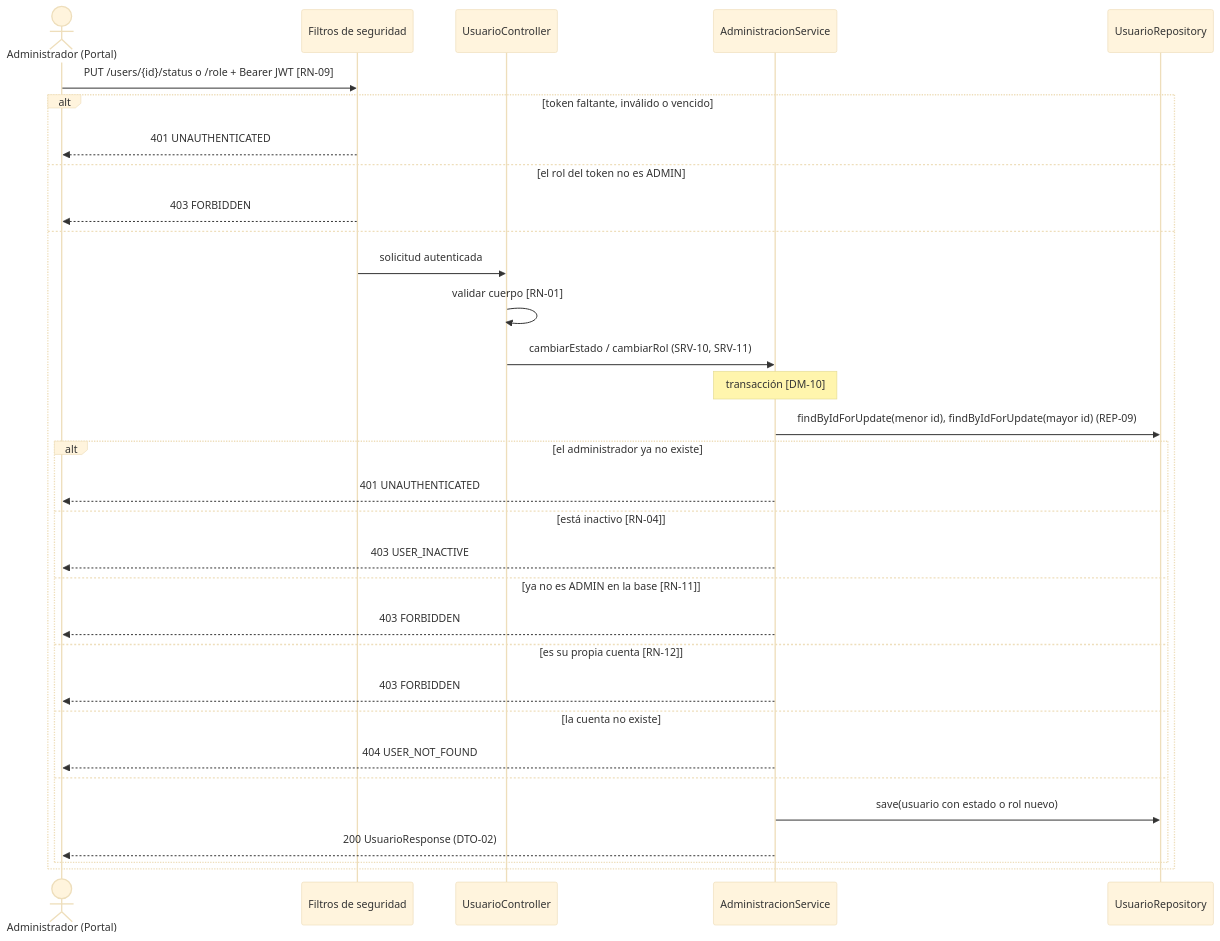
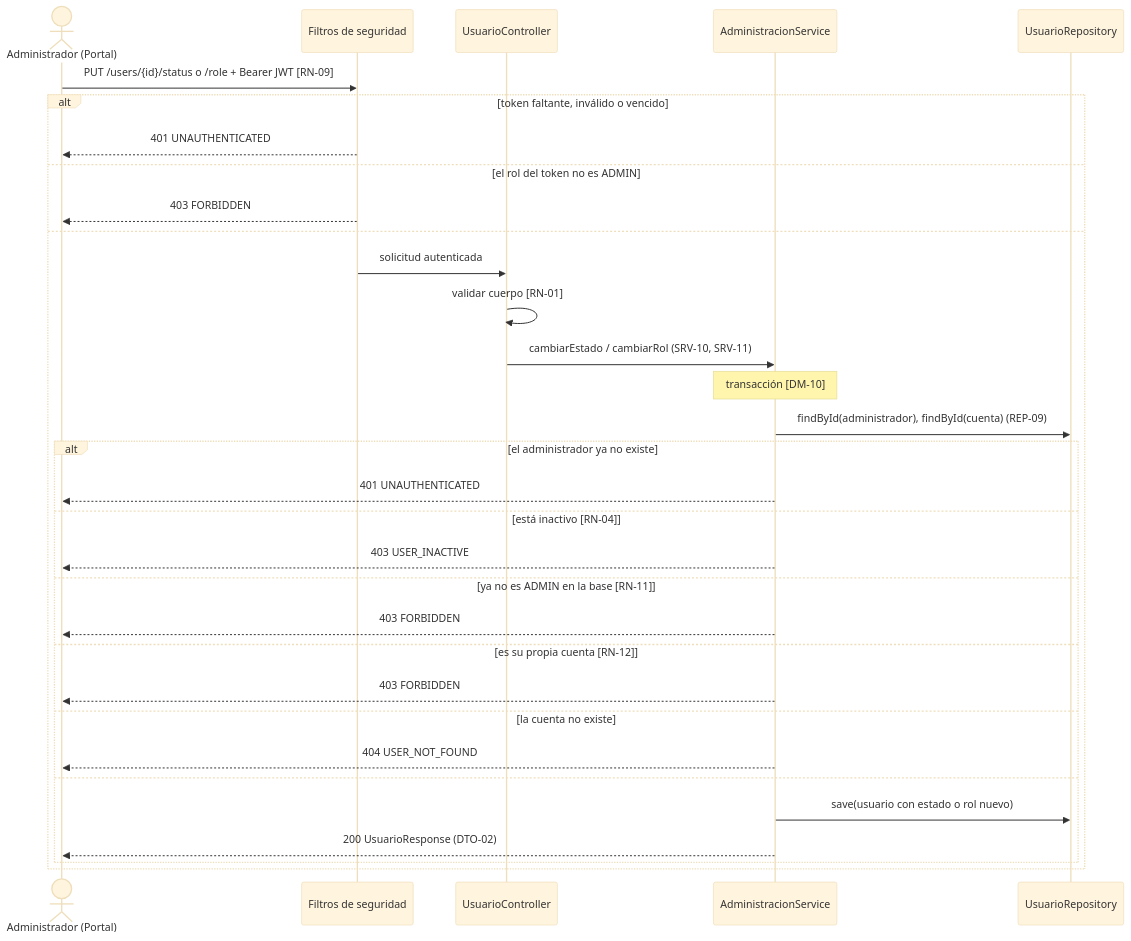
Before and after one commit to CarlaGorgal2002/deliverygo-usuarios-auth: the first of 4 diagrams in doc/openapi/DISENO_CU_EVOLUCION.md, drawn with Mermaid (base theme). The commit also changed other lines of this file and 22 other files, not shown here.

````diff
--- a/doc/openapi/DISENO_CU_EVOLUCION.md
+++ b/doc/openapi/DISENO_CU_EVOLUCION.md
@@ -184,34 +184,34 @@
 ```mermaid
 sequenceDiagram
     actor A as Administrador (Portal)
     participant F as Filtros de seguridad
     participant C as UsuarioController
     participant S as AdministracionService
     participant R as UsuarioRepository
     A->>F: PUT /users/{id}/status o /role + Bearer JWT [RN-09]
     alt token faltante, inválido o vencido
         F-->>A: 401 UNAUTHENTICATED
     else el rol del token no es ADMIN
         F-->>A: 403 FORBIDDEN
     else
         F->>C: solicitud autenticada
         C->>C: validar cuerpo [RN-01]
         C->>S: cambiarEstado / cambiarRol (SRV-10, SRV-11)
         Note over S: transacción [DM-10]
-        S->>R: findByIdForUpdate(menor id), findByIdForUpdate(mayor id) (REP-09)
+        S->>R: findById(administrador), findById(cuenta) (REP-09)
         alt el administrador ya no existe
             S-->>A: 401 UNAUTHENTICATED
         else está inactivo [RN-04]
             S-->>A: 403 USER_INACTIVE
         else ya no es ADMIN en la base [RN-11]
             S-->>A: 403 FORBIDDEN
         else es su propia cuenta [RN-12]
             S-->>A: 403 FORBIDDEN
         else la cuenta no existe
             S-->>A: 404 USER_NOT_FOUND
         else
             S->>R: save(usuario con estado o rol nuevo)
             S-->>A: 200 UsuarioResponse (DTO-02)
         end
     end
 ```
````
